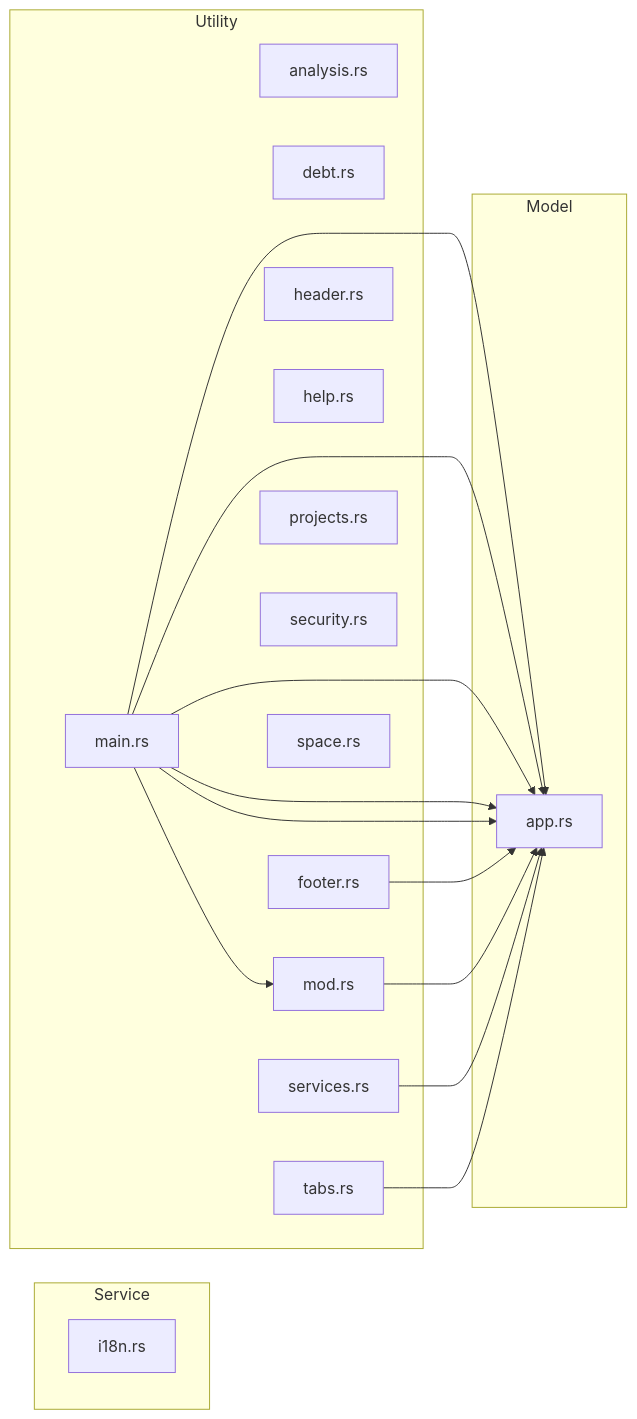
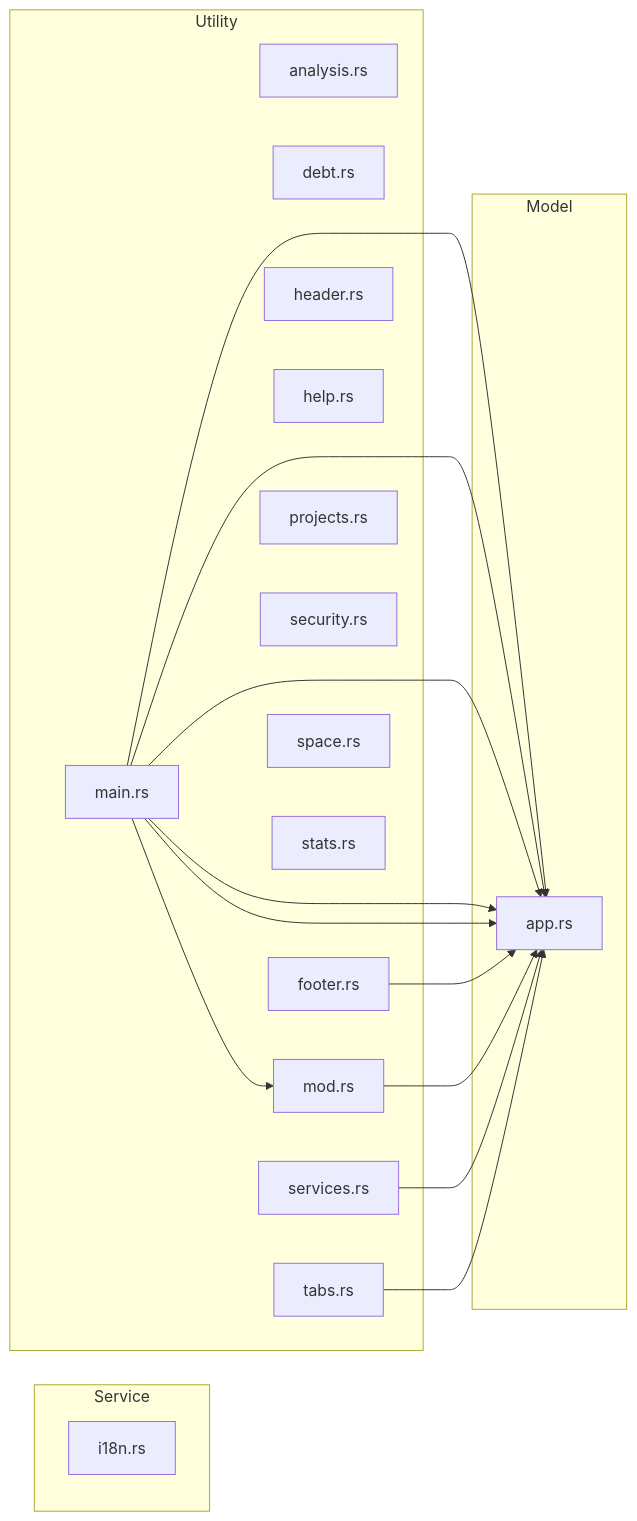
One commit to Mague/void-stack changed the eighth of 8 diagrams in void-stack-analysis.md. Above: the diagram before and after it, drawn with Mermaid. The commit also changed other lines of this file and 26 other files, not shown here.

````diff
--- a/void-stack-analysis.md
+++ b/void-stack-analysis.md
@@ -1992,33 +2046,34 @@
 ```mermaid
 graph LR
     subgraph service ["Service"]
         src_i18n_rs["i18n.rs"]
     end
     subgraph model ["Model"]
         src_app_rs["app.rs"]
     end
     subgraph utility ["Utility"]
         src_main_rs["main.rs"]
         src_ui_analysis_rs["analysis.rs"]
         src_ui_debt_rs["debt.rs"]
         src_ui_footer_rs["footer.rs"]
         src_ui_header_rs["header.rs"]
         src_ui_help_rs["help.rs"]
         src_ui_mod_rs["mod.rs"]
         src_ui_projects_rs["projects.rs"]
         src_ui_security_rs["security.rs"]
         src_ui_services_rs["services.rs"]
         src_ui_space_rs["space.rs"]
+        src_ui_stats_rs["stats.rs"]
         src_ui_tabs_rs["tabs.rs"]
     end
     src_main_rs --> src_ui_mod_rs
     src_main_rs --> src_app_rs
     src_main_rs --> src_app_rs
     src_main_rs --> src_app_rs
     src_main_rs --> src_app_rs
     src_main_rs --> src_app_rs
     src_ui_footer_rs --> src_app_rs
     src_ui_mod_rs --> src_app_rs
     src_ui_services_rs --> src_app_rs
     src_ui_tabs_rs --> src_app_rs
 ```
````
